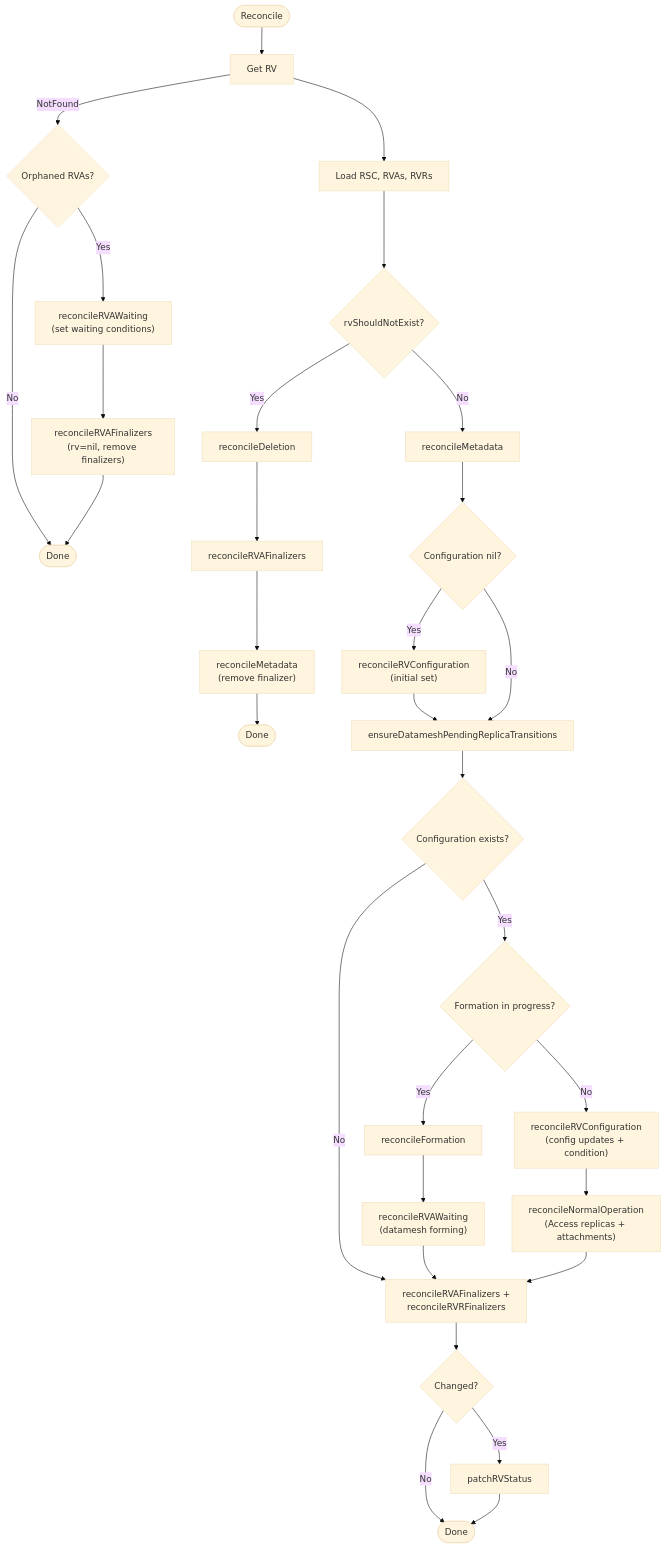
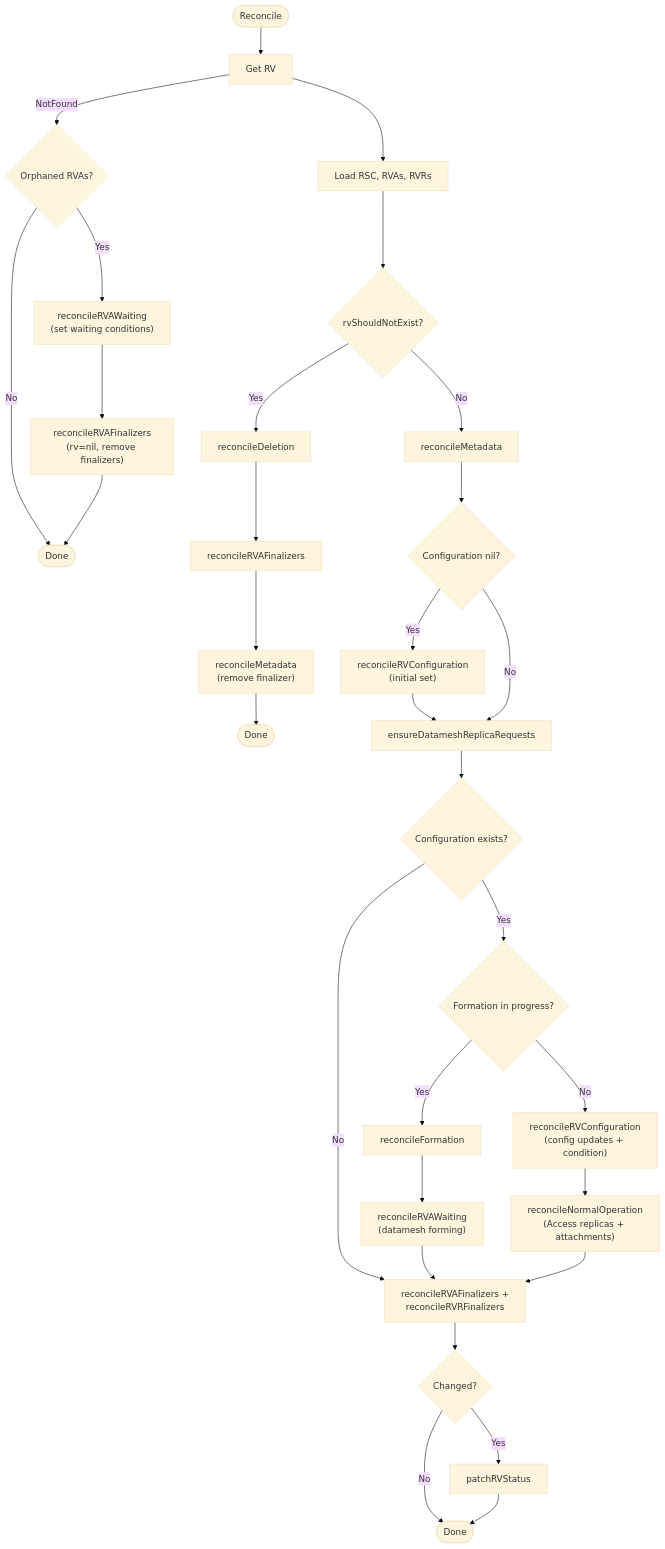
The first of 13 diagrams in images/controller/internal/controllers/rv_controller/README.md (deckhouse/sds-replicated-volume), drawn with Mermaid (base theme) before and after one commit. The commit also changed other lines of this file and 23 other files, not shown here.

````diff
--- a/images/controller/internal/controllers/rv_controller/README.md
+++ b/images/controller/internal/controllers/rv_controller/README.md
@@ -144,39 +144,39 @@
 ```mermaid
 flowchart TD
     Start([Reconcile]) --> GetRV[Get RV]
     GetRV -->|NotFound| CheckOrphanedRVAs{Orphaned RVAs?}
     CheckOrphanedRVAs -->|No| Done1([Done])
     CheckOrphanedRVAs -->|Yes| OrphanedWaiting["reconcileRVAWaiting<br/>(set waiting conditions)"]
     OrphanedWaiting --> OrphanedFinalizers["reconcileRVAFinalizers<br/>(rv=nil, remove finalizers)"]
     OrphanedFinalizers --> Done1
     GetRV --> LoadDeps[Load RSC, RVAs, RVRs]
 
     LoadDeps --> CheckDelete{rvShouldNotExist?}
     CheckDelete -->|Yes| Deletion[reconcileDeletion]
     Deletion --> RVAFinDel[reconcileRVAFinalizers]
     RVAFinDel --> MetaDel["reconcileMetadata<br/>(remove finalizer)"]
     MetaDel --> Done3([Done])
 
     CheckDelete -->|No| Meta[reconcileMetadata]
     Meta --> CheckConfigNil{Configuration nil?}
     CheckConfigNil -->|Yes| InitConfig["reconcileRVConfiguration<br/>(initial set)"]
     InitConfig --> EnsurePending
     CheckConfigNil -->|No| EnsurePending
-    EnsurePending["ensureDatameshPendingReplicaTransitions"]
+    EnsurePending["ensureDatameshReplicaRequests"]
     EnsurePending --> CheckConfig{Configuration exists?}
     CheckConfig -->|No| Finalizers
 
     CheckConfig -->|Yes| CheckForming{Formation in progress?}
     CheckForming -->|Yes| Formation[reconcileFormation]
     Formation --> FormingRVAWaiting["reconcileRVAWaiting<br/>(datamesh forming)"]
     FormingRVAWaiting --> Finalizers
     CheckForming -->|No| UpdateConfig["reconcileRVConfiguration<br/>(config updates + condition)"]
     UpdateConfig --> NormalOp["reconcileNormalOperation<br/>(Access replicas + attachments)"]
     NormalOp --> Finalizers
 
     Finalizers["reconcileRVAFinalizers +<br/>reconcileRVRFinalizers"]
     Finalizers --> PatchDecision{Changed?}
     PatchDecision -->|Yes| Patch[patchRVStatus]
     PatchDecision -->|No| EndNode([Done])
     Patch --> EndNode
 ```
````
